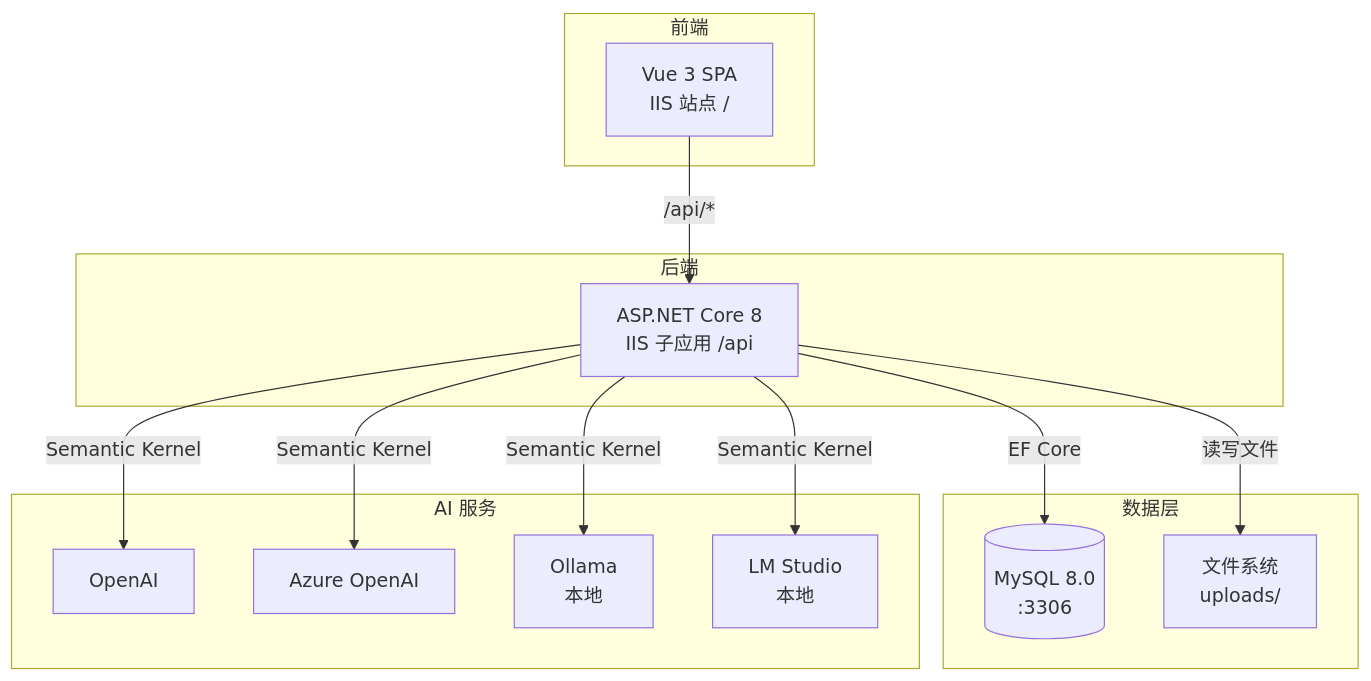
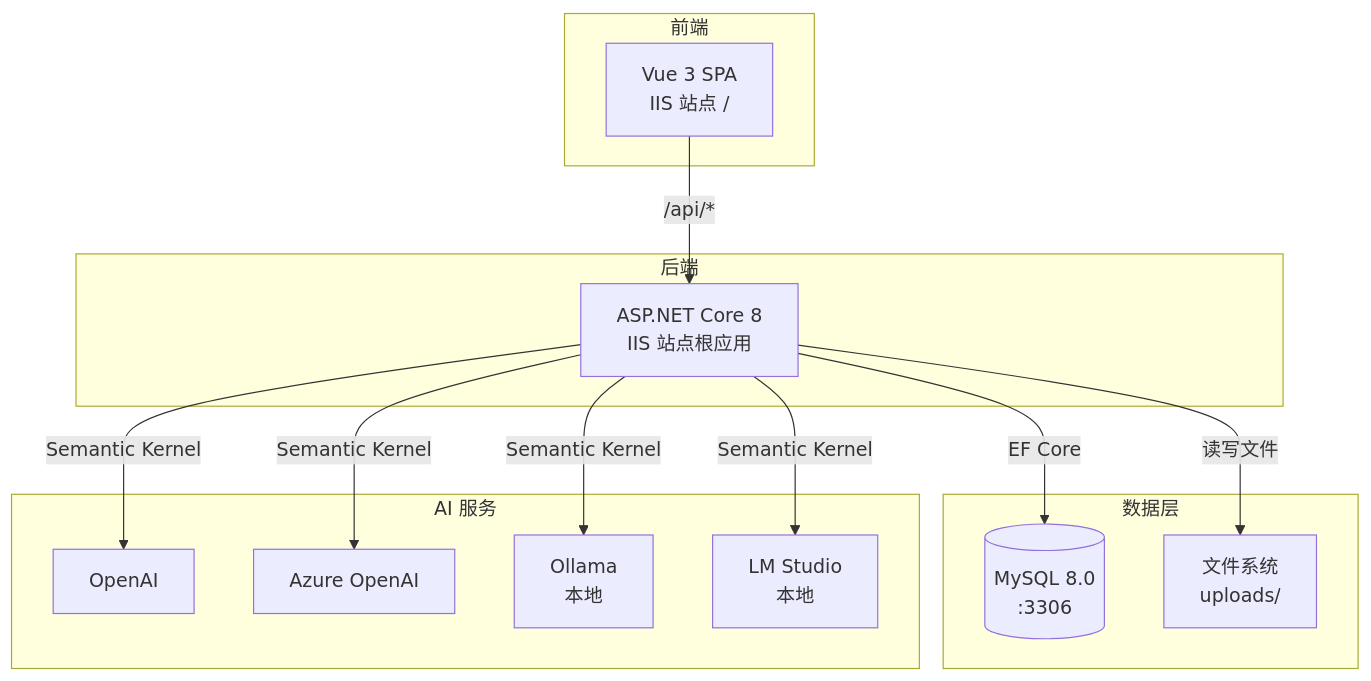
Before and after one commit to xiaocaiisxiaocai/AcceptanceSpecRecognition: the second of 28 diagrams in docs/design-overview.md, drawn with Mermaid. The commit also changed other lines of this file and 165 other files, not shown here.

````diff
--- a/docs/design-overview.md
+++ b/docs/design-overview.md
@@ -56,30 +56,30 @@
 ```mermaid
 graph TB
     subgraph 前端
         FE[Vue 3 SPA<br/>IIS 站点 /]
     end
 
     subgraph 后端
-        API[ASP.NET Core 8<br/>IIS 子应用 /api]
+        API[ASP.NET Core 8<br/>IIS 站点根应用]
     end
 
     subgraph 数据层
         DB[(MySQL 8.0<br/>:3306)]
         FS[文件系统<br/>uploads/]
     end
 
     subgraph AI 服务
         OAI[OpenAI]
         AZURE[Azure OpenAI]
         OLLAMA[Ollama<br/>本地]
         LMS[LM Studio<br/>本地]
     end
 
     FE -- "/api/*" --> API
     API -- "EF Core" --> DB
     API -- "读写文件" --> FS
     API -- "Semantic Kernel" --> OAI
     API -- "Semantic Kernel" --> AZURE
     API -- "Semantic Kernel" --> OLLAMA
     API -- "Semantic Kernel" --> LMS
 ```
````
